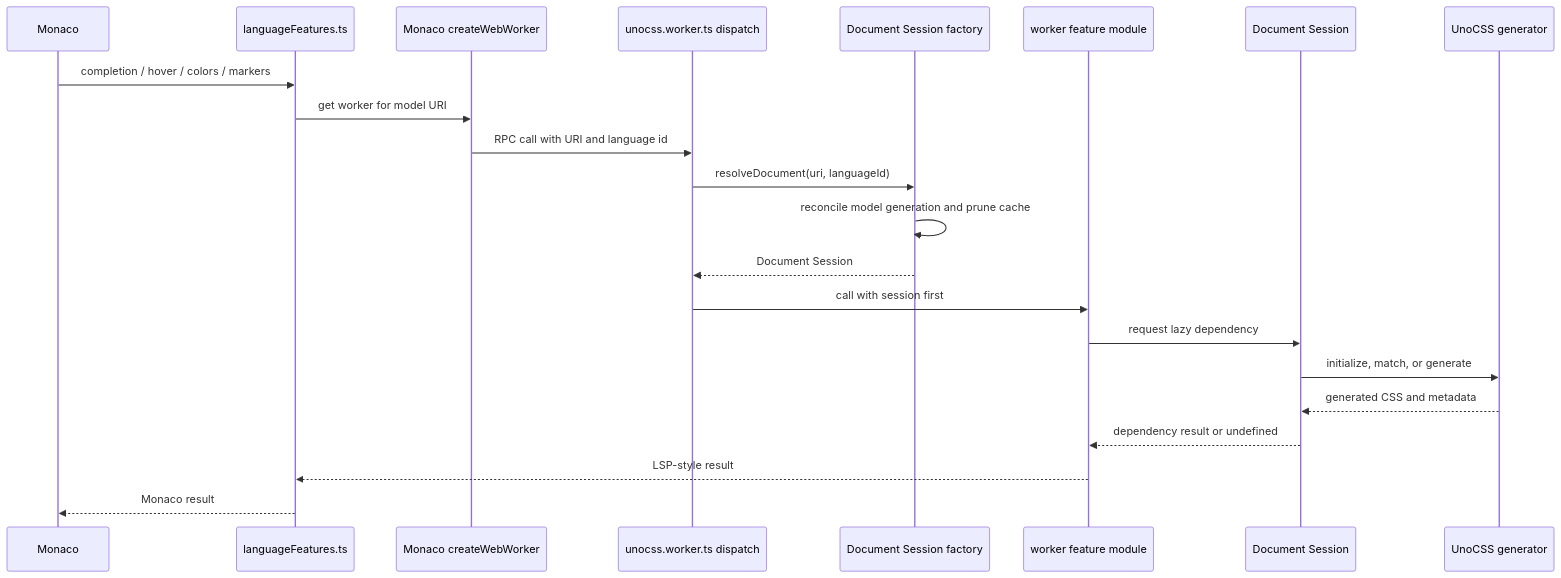
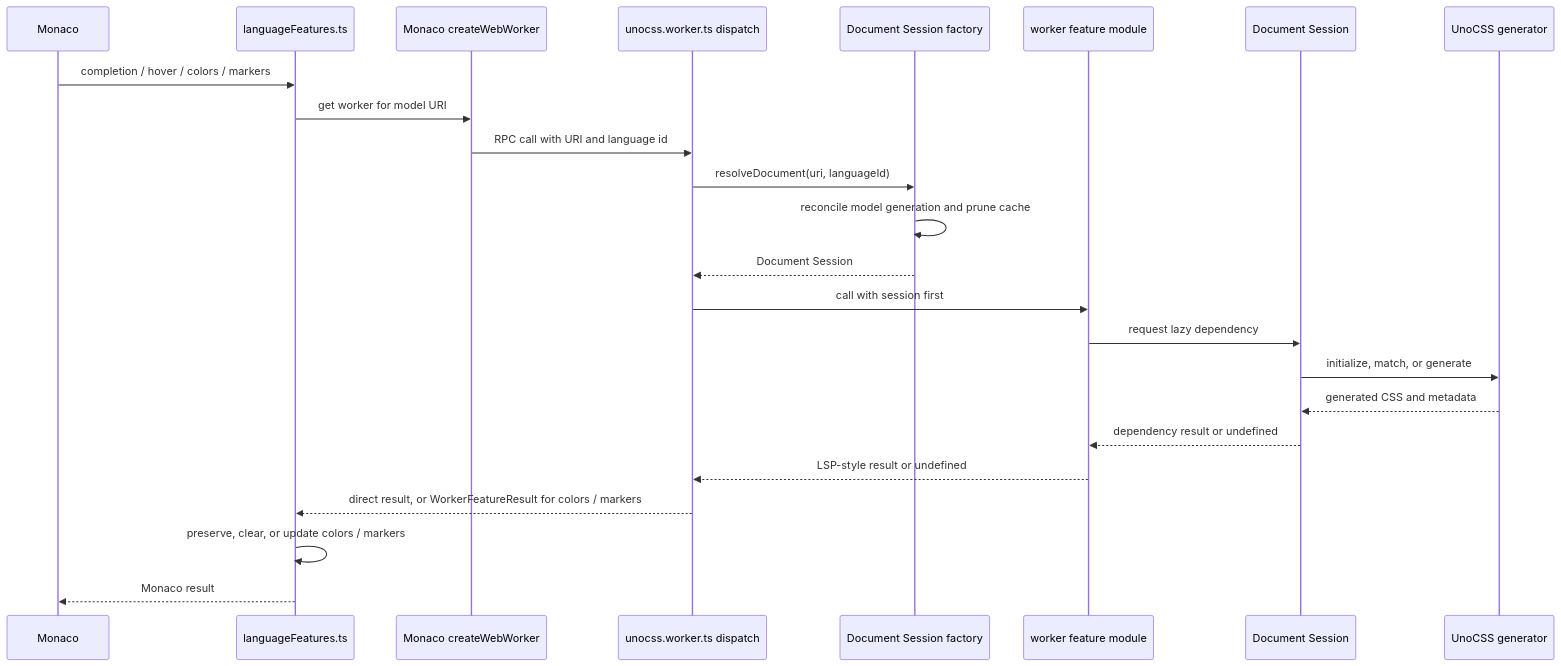
The second of 2 diagrams in AGENTS.md (ilyaliao/monaco-unocss), drawn with Mermaid before and after one commit. The commit also changed other lines of this file and 14 other files, not shown here.

````diff
--- a/AGENTS.md
+++ b/AGENTS.md
@@ -87,25 +87,27 @@
 ```mermaid
 sequenceDiagram
   participant Monaco
   participant Adapter as languageFeatures.ts
   participant MonacoWorker as Monaco createWebWorker
   participant Worker as unocss.worker.ts dispatch
   participant Factory as Document Session factory
   participant Feature as worker feature module
   participant Session as Document Session
   participant Uno as UnoCSS generator
 
   Monaco->>Adapter: completion / hover / colors / markers
   Adapter->>MonacoWorker: get worker for model URI
   MonacoWorker->>Worker: RPC call with URI and language id
   Worker->>Factory: resolveDocument(uri, languageId)
   Factory->>Factory: reconcile model generation and prune cache
   Factory-->>Worker: Document Session
   Worker->>Feature: call with session first
   Feature->>Session: request lazy dependency
   Session->>Uno: initialize, match, or generate
   Uno-->>Session: generated CSS and metadata
   Session-->>Feature: dependency result or undefined
-  Feature-->>Adapter: LSP-style result
+  Feature-->>Worker: LSP-style result or undefined
+  Worker-->>Adapter: direct result, or WorkerFeatureResult for colors / markers
+  Adapter->>Adapter: preserve, clear, or update colors / markers
   Adapter-->>Monaco: Monaco result
 ```
````
